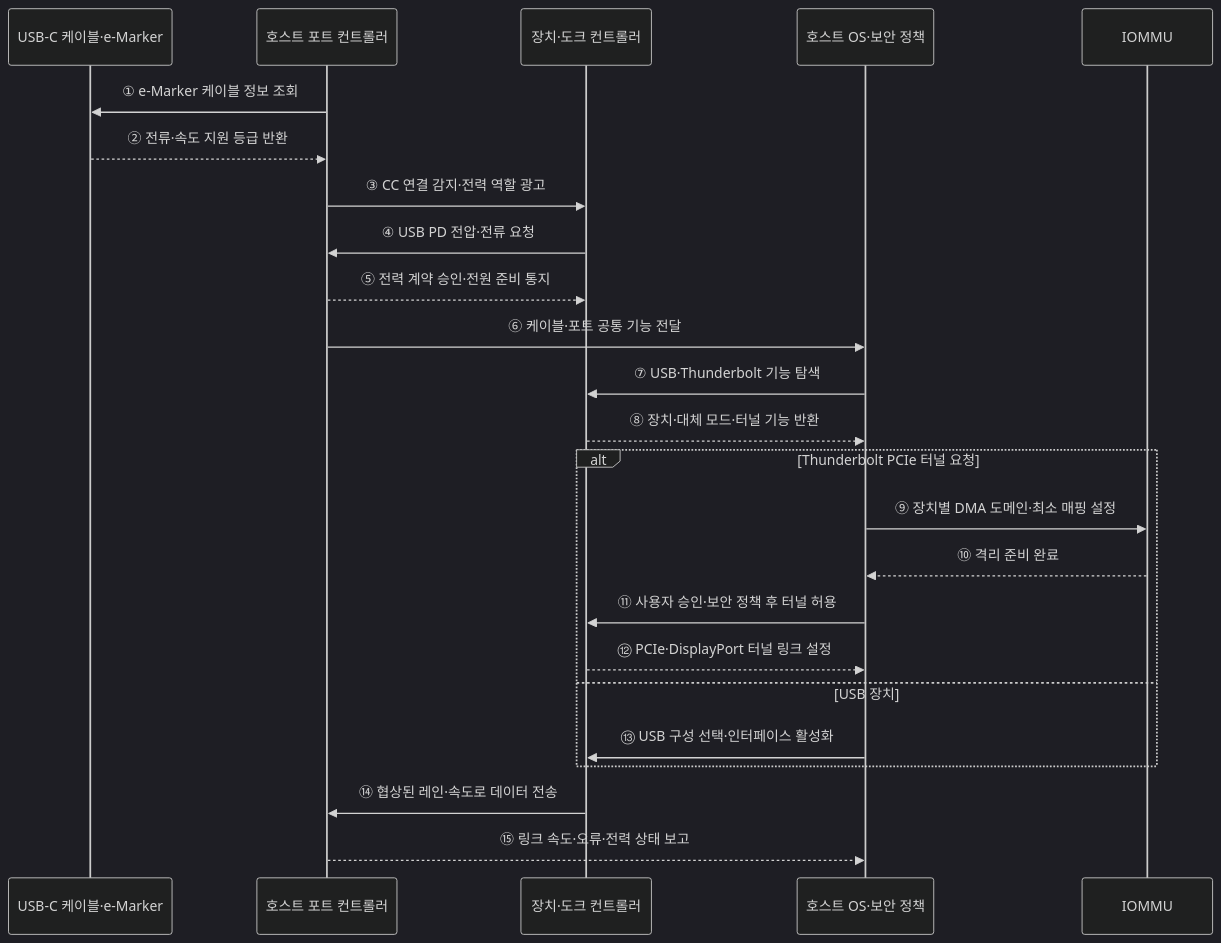
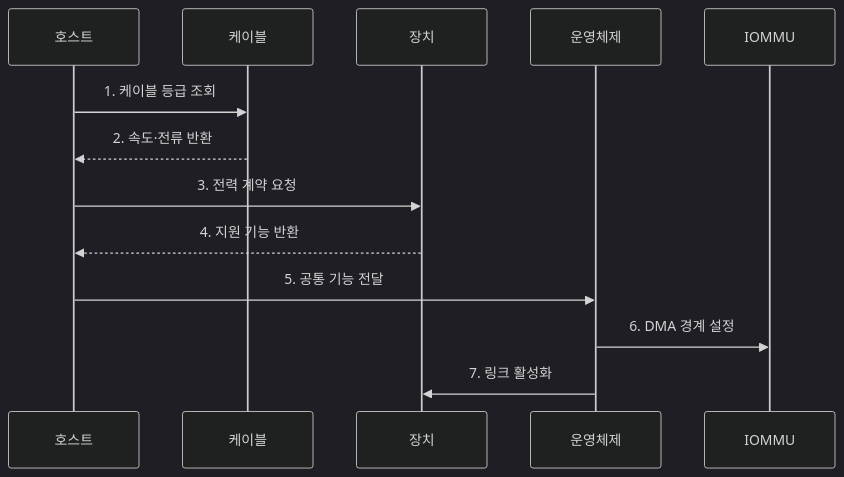
The second of 2 diagrams in src/content/docs/notes/02-hardware/088_high_speed_serial_interface.md (agnusdei1207/knowledge-base), drawn with Mermaid (dark theme) before and after one commit. The commit also changed other lines of this file and 20 other files, not shown here.

````diff
--- a/src/content/docs/notes/02-hardware/088_high_speed_serial_interface.md
+++ b/src/content/docs/notes/02-hardware/088_high_speed_serial_interface.md
@@ -79,27 +89,15 @@
 ```mermaid
 sequenceDiagram
-    participant C as USB-C 케이블·e-Marker
-    participant H as 호스트 포트 컨트롤러
-    participant D as 장치·도크 컨트롤러
-    participant O as 호스트 OS·보안 정책
+    participant H as 호스트
+    participant C as 케이블
+    participant D as 장치
+    participant O as 운영체제
     participant I as IOMMU
-
-    H->>C: ① e-Marker 케이블 정보 조회
-    C-->>H: ② 전류·속도 지원 등급 반환
-    H->>D: ③ CC 연결 감지·전력 역할 광고
-    D->>H: ④ USB PD 전압·전류 요청
-    H-->>D: ⑤ 전력 계약 승인·전원 준비 통지
-    H->>O: ⑥ 케이블·포트 공통 기능 전달
-    O->>D: ⑦ USB·Thunderbolt 기능 탐색
-    D-->>O: ⑧ 장치·대체 모드·터널 기능 반환
-    alt Thunderbolt PCIe 터널 요청
-        O->>I: ⑨ 장치별 DMA 도메인·최소 매핑 설정
-        I-->>O: ⑩ 격리 준비 완료
-        O->>D: ⑪ 사용자 승인·보안 정책 후 터널 허용
-        D-->>O: ⑫ PCIe·DisplayPort 터널 링크 설정
-    else USB 장치
-        O->>D: ⑬ USB 구성 선택·인터페이스 활성화
-    end
-    D->>H: ⑭ 협상된 레인·속도로 데이터 전송
-    H-->>O: ⑮ 링크 속도·오류·전력 상태 보고
+    H->>C: 1. 케이블 등급 조회
+    C-->>H: 2. 속도·전류 반환
+    H->>D: 3. 전력 계약 요청
+    D-->>H: 4. 지원 기능 반환
+    H->>O: 5. 공통 기능 전달
+    O->>I: 6. DMA 경계 설정
+    O->>D: 7. 링크 활성화
 ```
````
